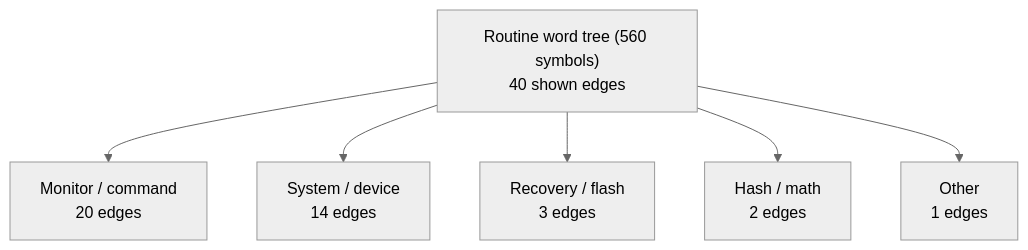
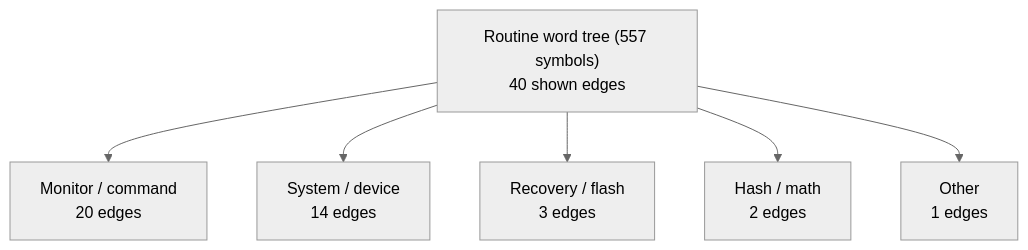
One commit to 95westus/R-YORS changed the first of 8 diagrams in DOC/GENERATED/ROUTINE_WORD_TREE.md. Above: the diagram before and after it, drawn with Mermaid (neutral theme). The commit also changed other lines of this file and 85 other files, not shown here.

````diff
--- a/DOC/GENERATED/ROUTINE_WORD_TREE.md
+++ b/DOC/GENERATED/ROUTINE_WORD_TREE.md
@@ -16,8 +16,8 @@
 ```mermaid
 flowchart TD
-    MAP_ROOT_ROUTINE_WORD_TREE__560_SYMBOLS_["Routine word tree (560 symbols)<br/>40 shown edges"] --> MAP_FAMILY_MONITOR___COMMAND["Monitor / command<br/>20 edges"]
-    MAP_ROOT_ROUTINE_WORD_TREE__560_SYMBOLS_["Routine word tree (560 symbols)<br/>40 shown edges"] --> MAP_FAMILY_SYSTEM___DEVICE["System / device<br/>14 edges"]
-    MAP_ROOT_ROUTINE_WORD_TREE__560_SYMBOLS_["Routine word tree (560 symbols)<br/>40 shown edges"] --> MAP_FAMILY_RECOVERY___FLASH["Recovery / flash<br/>3 edges"]
-    MAP_ROOT_ROUTINE_WORD_TREE__560_SYMBOLS_["Routine word tree (560 symbols)<br/>40 shown edges"] --> MAP_FAMILY_HASH___MATH["Hash / math<br/>2 edges"]
-    MAP_ROOT_ROUTINE_WORD_TREE__560_SYMBOLS_["Routine word tree (560 symbols)<br/>40 shown edges"] --> MAP_FAMILY_OTHER["Other<br/>1 edges"]
+    MAP_ROOT_ROUTINE_WORD_TREE__557_SYMBOLS_["Routine word tree (557 symbols)<br/>40 shown edges"] --> MAP_FAMILY_MONITOR___COMMAND["Monitor / command<br/>20 edges"]
+    MAP_ROOT_ROUTINE_WORD_TREE__557_SYMBOLS_["Routine word tree (557 symbols)<br/>40 shown edges"] --> MAP_FAMILY_SYSTEM___DEVICE["System / device<br/>14 edges"]
+    MAP_ROOT_ROUTINE_WORD_TREE__557_SYMBOLS_["Routine word tree (557 symbols)<br/>40 shown edges"] --> MAP_FAMILY_RECOVERY___FLASH["Recovery / flash<br/>3 edges"]
+    MAP_ROOT_ROUTINE_WORD_TREE__557_SYMBOLS_["Routine word tree (557 symbols)<br/>40 shown edges"] --> MAP_FAMILY_HASH___MATH["Hash / math<br/>2 edges"]
+    MAP_ROOT_ROUTINE_WORD_TREE__557_SYMBOLS_["Routine word tree (557 symbols)<br/>40 shown edges"] --> MAP_FAMILY_OTHER["Other<br/>1 edges"]
 ```
````
